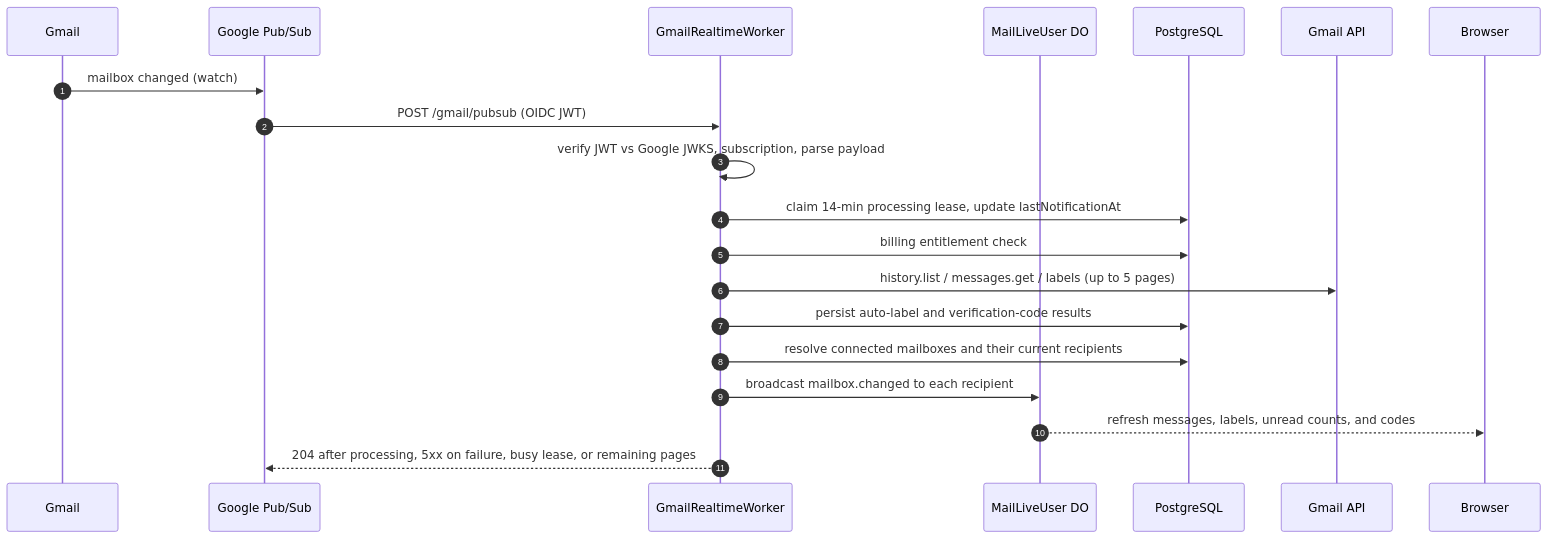
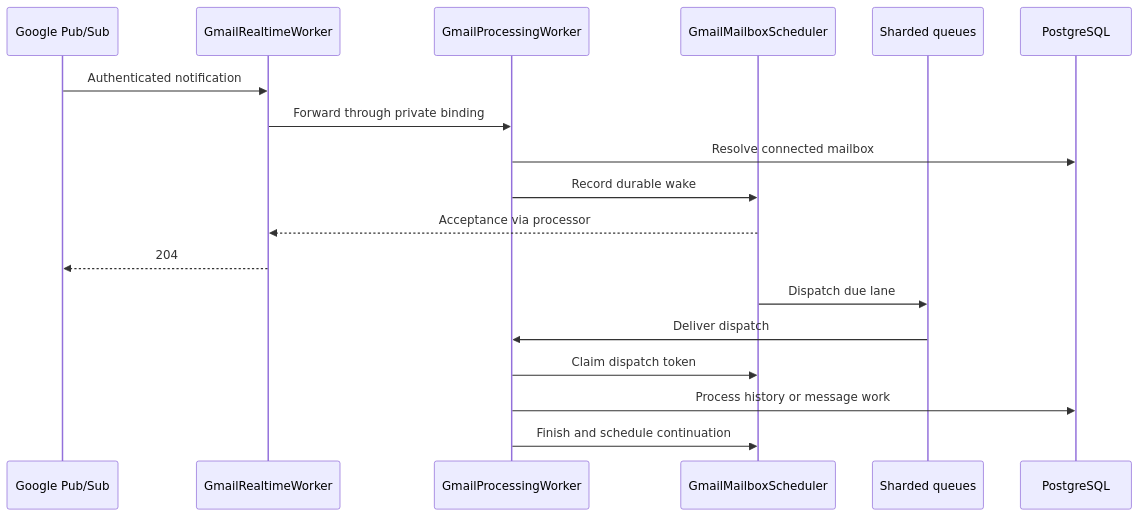
The second of 5 diagrams in docs/infrastructure-map.md (quieter-email/quieter), drawn with Mermaid before and after one commit. The commit also changed other lines of this file and 38 other files, not shown here.

Commit message:
feat(mail): schedule Gmail processing per mailbox

````diff
--- a/docs/infrastructure-map.md
+++ b/docs/infrastructure-map.md
@@ -153,23 +155,20 @@
 ```mermaid
 sequenceDiagram
-    autonumber
-    participant G as Gmail
     participant P as Google Pub/Sub
     participant W as GmailRealtimeWorker
-    participant D as MailLiveUser DO
-    participant DB as PostgreSQL
-    participant A as Gmail API
-    participant B as Browser
-
-    G->>P: mailbox changed (watch)
-    P->>W: POST /gmail/pubsub (OIDC JWT)
-    W->>W: verify JWT vs Google JWKS, subscription, parse payload
-    W->>DB: claim 14-min processing lease, update lastNotificationAt
-    W->>DB: billing entitlement check
-    W->>A: history.list / messages.get / labels (up to 5 pages)
-    W->>DB: persist auto-label and verification-code results
-    W->>DB: resolve connected mailboxes and their current recipients
-    W->>D: broadcast mailbox.changed to each recipient
-    D-->>B: refresh messages, labels, unread counts, and codes
-    W-->>P: 204 after processing, 5xx on failure, busy lease, or remaining pages
+    participant E as GmailProcessingWorker
+    participant S as GmailMailboxScheduler
+    participant Q as Sharded queues
+    participant D as PostgreSQL
+    P->>W: Authenticated notification
+    W->>E: Forward through private binding
+    E->>D: Resolve connected mailbox
+    E->>S: Record durable wake
+    S-->>W: Acceptance via processor
+    W-->>P: 204
+    S->>Q: Dispatch due lane
+    Q->>E: Deliver dispatch
+    E->>S: Claim dispatch token
+    E->>D: Process history or message work
+    E->>S: Finish and schedule continuation
 ```
````
